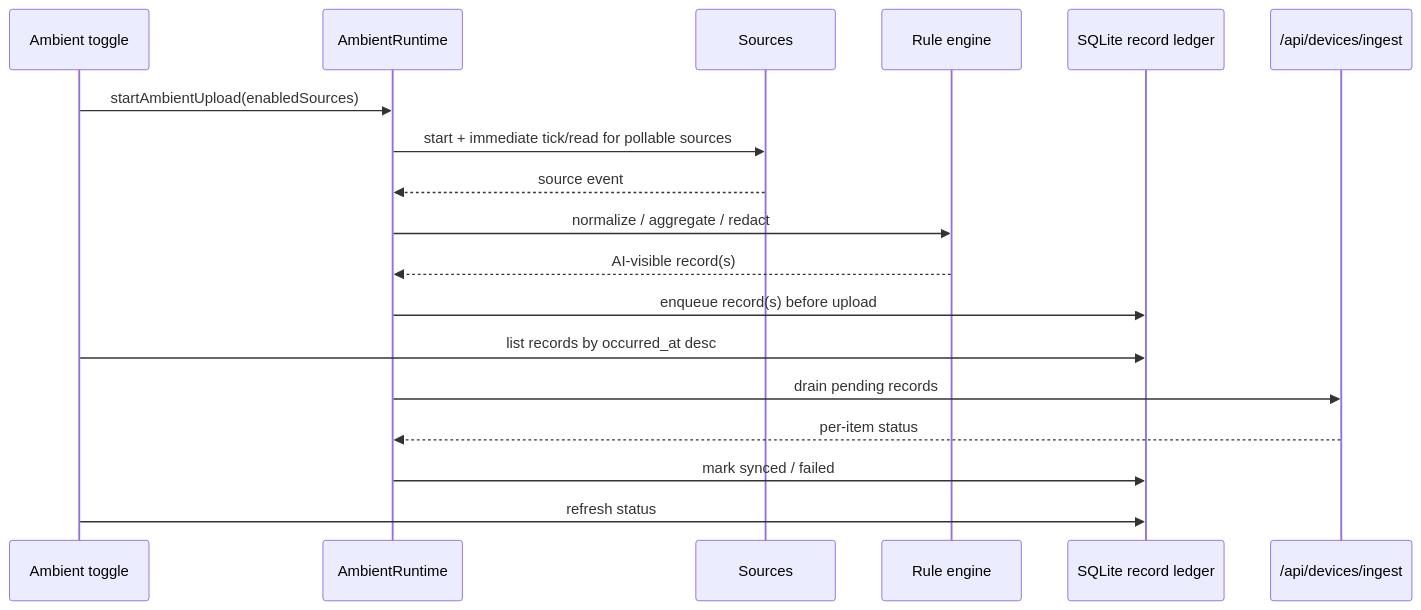
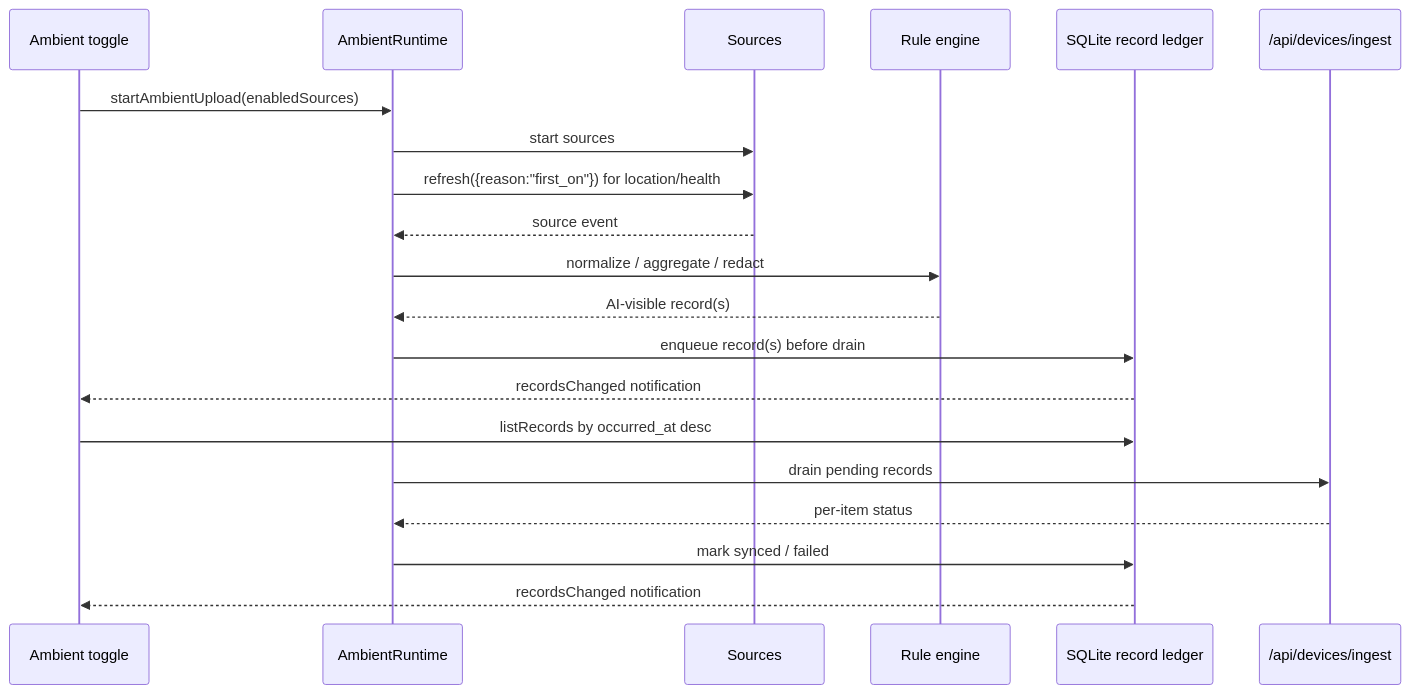
The second of 2 diagrams in docs/plans/2026-05-17-ambient-ai-visible-records-ssot.mdx (Edge-AI-HQ/proactive-assistant), drawn with Mermaid before and after one commit. The commit also changed other lines of this file and 28 other files, not shown here.

````diff
--- a/docs/plans/2026-05-17-ambient-ai-visible-records-ssot.mdx
+++ b/docs/plans/2026-05-17-ambient-ai-visible-records-ssot.mdx
@@ -186,21 +357,23 @@
 ```mermaid
 sequenceDiagram
   participant UI as Ambient toggle
   participant RT as AmbientRuntime
   participant Src as Sources
   participant Rule as Rule engine
   participant Ledger as SQLite record ledger
   participant API as /api/devices/ingest
 
   UI->>RT: startAmbientUpload(enabledSources)
-  RT->>Src: start + immediate tick/read for pollable sources
+  RT->>Src: start sources
+  RT->>Src: refresh({reason:"first_on"}) for location/health
   Src-->>RT: source event
   RT->>Rule: normalize / aggregate / redact
   Rule-->>RT: AI-visible record(s)
-  RT->>Ledger: enqueue record(s) before upload
-  UI->>Ledger: list records by occurred_at desc
+  RT->>Ledger: enqueue record(s) before drain
+  Ledger-->>UI: recordsChanged notification
+  UI->>Ledger: listRecords by occurred_at desc
   RT->>API: drain pending records
   API-->>RT: per-item status
   RT->>Ledger: mark synced / failed
-  UI->>Ledger: refresh status
+  Ledger-->>UI: recordsChanged notification
 ```
````
